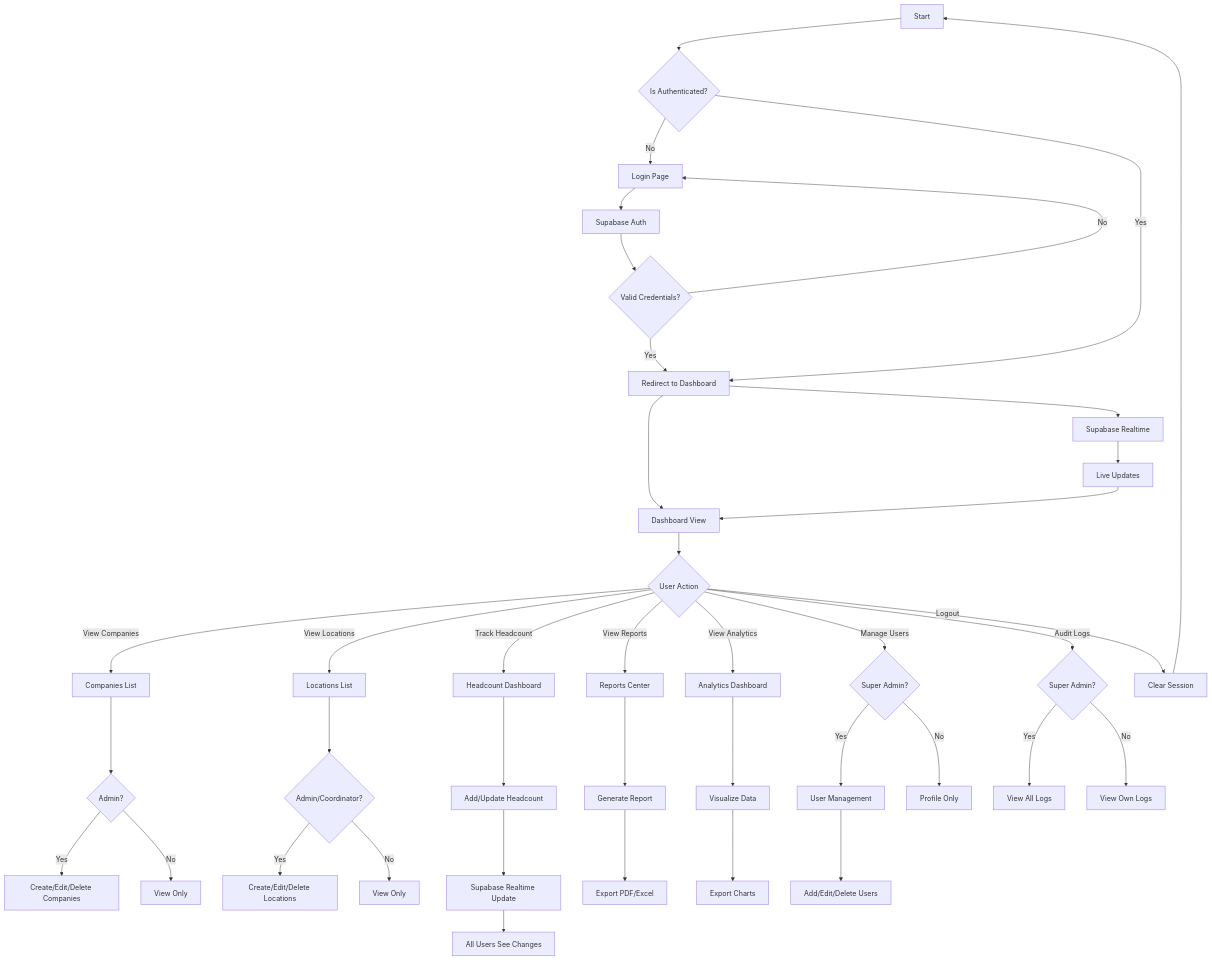
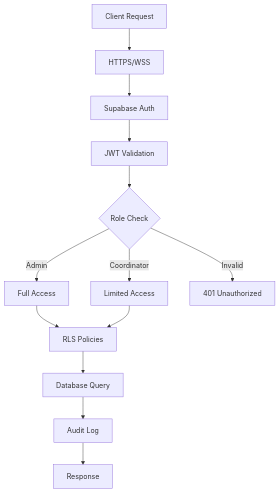
Before and after one commit to Panyagitlog/rthc-enterprise: the fourth of 5 diagrams in README.md, drawn with Mermaid. The commit also changed other lines of this file, not shown here.

Commit message:
user understand

````diff
--- a/README.md
+++ b/README.md
@@ -632,53 +316,15 @@
 ```mermaid
 flowchart TD
-    A[Start] --> B{Is Authenticated?}
-    B -->|No| C[Login Page]
-    C --> D[Supabase Auth]
-    D --> E{Valid Credentials?}
-    E -->|No| C
-    E -->|Yes| F[Redirect to Dashboard]
-    
-    B -->|Yes| F
-    F --> G[Dashboard View]
-    
-    G --> H{User Action}
-    
-    H -->|View Companies| I[Companies List]
-    I --> J{Admin?}
-    J -->|Yes| K[Create/Edit/Delete Companies]
-    J -->|No| L[View Only]
-    
-    H -->|View Locations| M[Locations List]
-    M --> N{Admin/Coordinator?}
-    N -->|Yes| O[Create/Edit/Delete Locations]
-    N -->|No| P[View Only]
-    
-    H -->|Track Headcount| Q[Headcount Dashboard]
-    Q --> R[Add/Update Headcount]
-    R --> S[Supabase Realtime Update]
-    S --> T[All Users See Changes]
-    
-    H -->|View Reports| U[Reports Center]
-    U --> V[Generate Report]
-    V --> W[Export PDF/Excel]
-    
-    H -->|View Analytics| X[Analytics Dashboard]
-    X --> Y[Visualize Data]
-    Y --> Z[Export Charts]
-    
-    H -->|Manage Users| AA{Super Admin?}
-    AA -->|Yes| AB[User Management]
-    AB --> AC[Add/Edit/Delete Users]
-    AA -->|No| AD[Profile Only]
-    
-    H -->|Audit Logs| AE{Super Admin?}
-    AE -->|Yes| AF[View All Logs]
-    AE -->|No| AG[View Own Logs]
-    
-    H -->|Logout| AH[Clear Session]
-    AH --> A
-    
-    F --> AI[Supabase Realtime]
-    AI --> AJ[Live Updates]
-    AJ --> G
+    A[Client Request] --> B[HTTPS/WSS]
+    B --> C[Supabase Auth]
+    C --> D[JWT Validation]
+    D --> E{Role Check}
+    E -->|Admin| F[Full Access]
+    E -->|Coordinator| G[Limited Access]
+    E -->|Invalid| H[401 Unauthorized]
+    F --> I[RLS Policies]
+    G --> I
+    I --> J[Database Query]
+    J --> K[Audit Log]
+    K --> L[Response]
 ```
````
